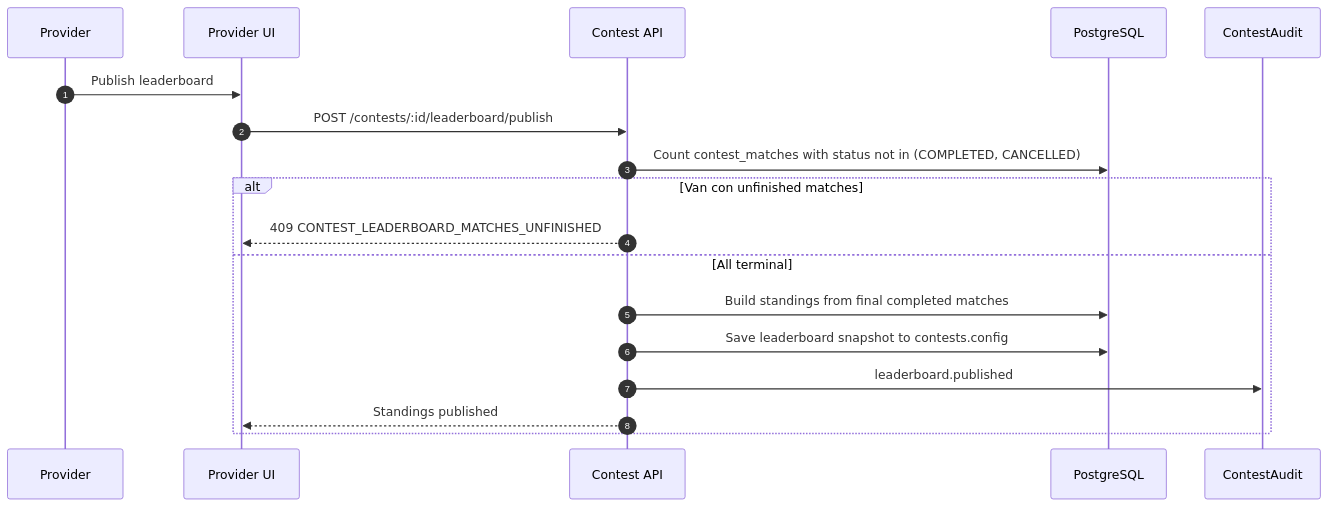
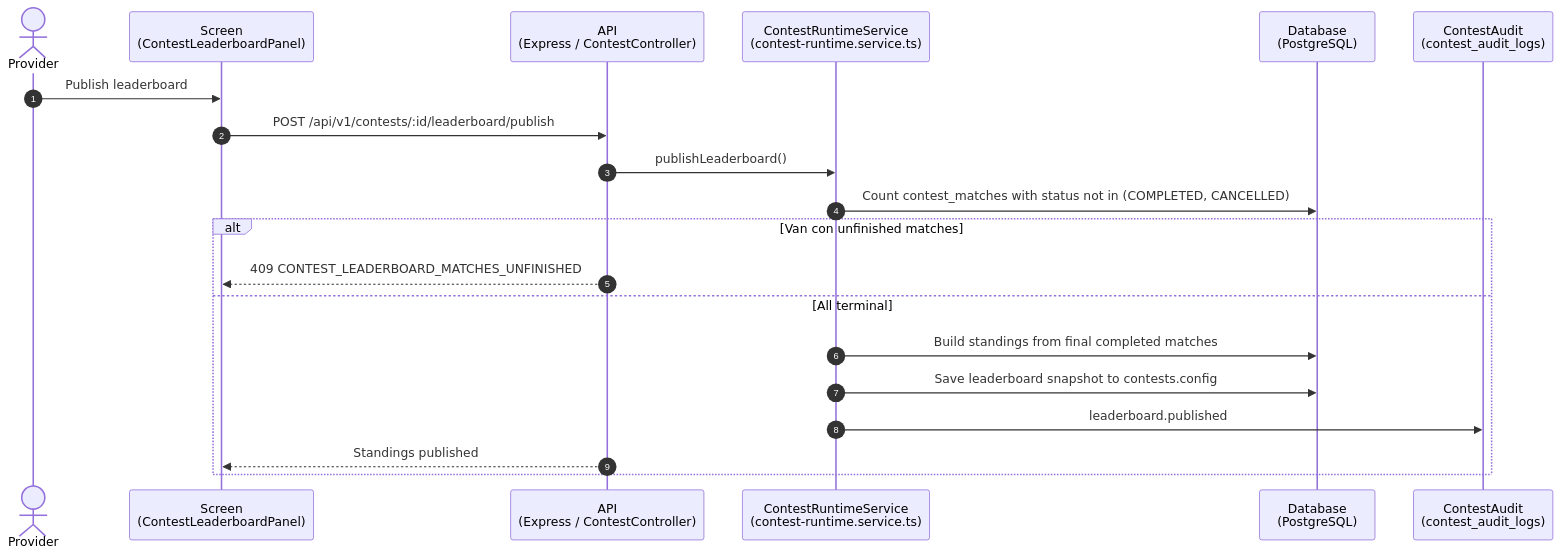
The eighth of 9 diagrams in docs/diagrams/sequence/sequence-flow-contest-vehicle-operations.md (RCField-SEP490/rcfield-spec), drawn with Mermaid before and after one commit. The commit also changed other lines of this file and 15 other files, not shown here.

First line of the commit message:
Add sequence flow diagrams for provider, staff, and supporting operations

````diff
--- a/docs/diagrams/sequence/sequence-flow-contest-vehicle-operations.md
+++ b/docs/diagrams/sequence/sequence-flow-contest-vehicle-operations.md
@@ -237,21 +257,23 @@
 ```mermaid
 sequenceDiagram
     autonumber
-    participant P as Provider
-    participant FE as Provider UI
-    participant CAPI as Contest API
-    participant DB as PostgreSQL
-    participant Audit as ContestAudit
+    actor P as Provider
+    participant FE as Screen<br/>(ContestLeaderboardPanel)
+    participant CAPI as API<br/>(Express / ContestController)
+    participant Runtime as ContestRuntimeService<br/>(contest-runtime.service.ts)
+    participant DB as Database<br/>(PostgreSQL)
+    participant Audit as ContestAudit<br/>(contest_audit_logs)
 
     P->>FE: Publish leaderboard
-    FE->>CAPI: POST /contests/:id/leaderboard/publish
-    CAPI->>DB: Count contest_matches with status not in (COMPLETED, CANCELLED)
+    FE->>CAPI: POST /api/v1/contests/:id/leaderboard/publish
+    CAPI->>Runtime: publishLeaderboard()
+    Runtime->>DB: Count contest_matches with status not in (COMPLETED, CANCELLED)
     alt Van con unfinished matches
         CAPI-->>FE: 409 CONTEST_LEADERBOARD_MATCHES_UNFINISHED
     else All terminal
-        CAPI->>DB: Build standings from final completed matches
-        CAPI->>DB: Save leaderboard snapshot to contests.config
-        CAPI->>Audit: leaderboard.published
+        Runtime->>DB: Build standings from final completed matches
+        Runtime->>DB: Save leaderboard snapshot to contests.config
+        Runtime->>Audit: leaderboard.published
         CAPI-->>FE: Standings published
     end
 ```
````
